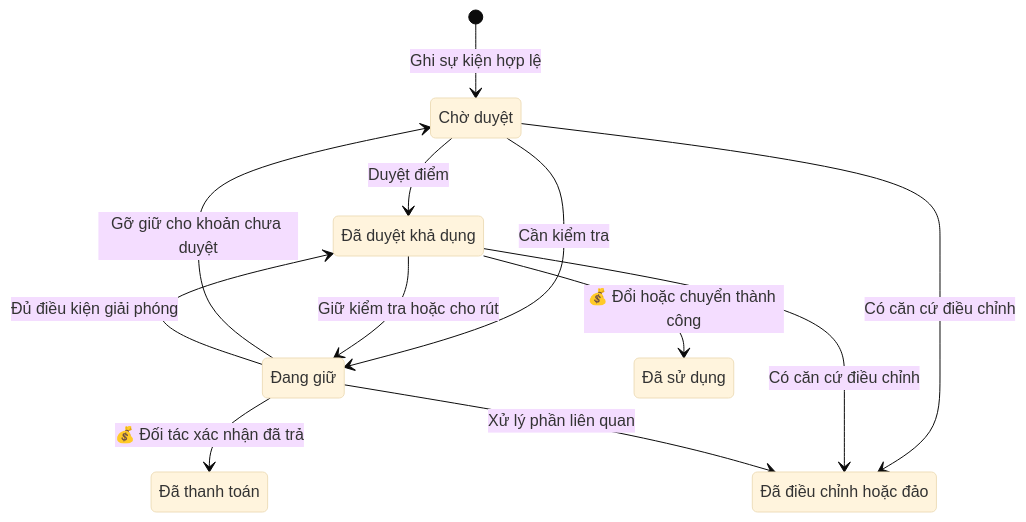
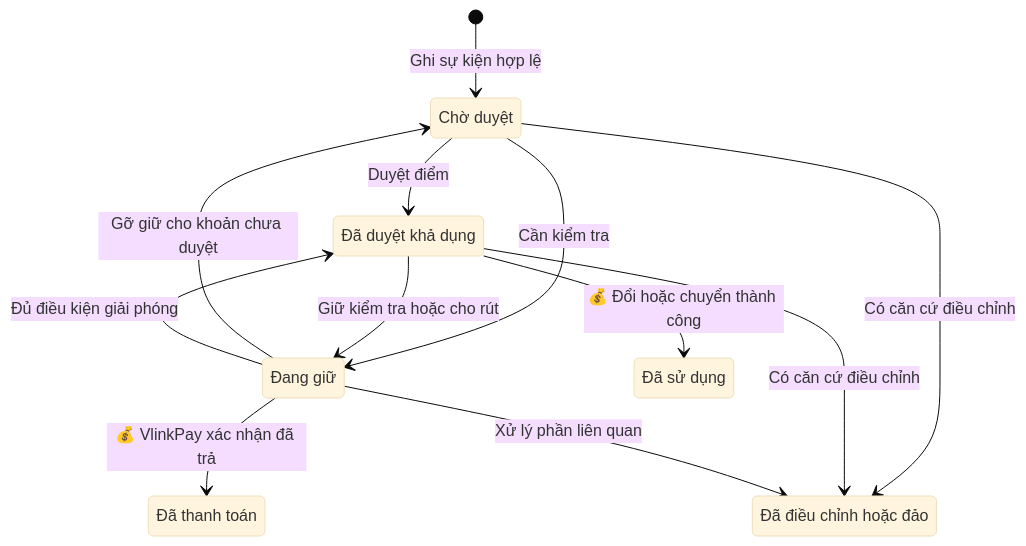
One commit to vlink-group/VlinkPay changed the tenth of 13 diagrams in nexora/docs/business/business-oneqr-earnings.md. Above: the diagram before and after it, drawn with Mermaid (base theme). The commit also changed other lines of this file and 5 other files, not shown here.

Commit message:
docs(1599): kế thừa PO cũ và bổ sung rút qua VlinkPay

````diff
--- a/nexora/docs/business/business-oneqr-earnings.md
+++ b/nexora/docs/business/business-oneqr-earnings.md
@@ -306,20 +430,20 @@
 ```mermaid
 stateDiagram-v2
     state "Chờ duyệt" as Pending
     state "Đã duyệt khả dụng" as Available
     state "Đang giữ" as Held
     state "Đã sử dụng" as Spent
     state "Đã thanh toán" as Paid
     state "Đã điều chỉnh hoặc đảo" as Adjusted
     [*] --> Pending : Ghi sự kiện hợp lệ
     Pending --> Available : Duyệt điểm
     Pending --> Held : Cần kiểm tra
     Available --> Held : Giữ kiểm tra hoặc cho rút
     Held --> Pending : Gỡ giữ cho khoản chưa duyệt
     Held --> Available : Đủ điều kiện giải phóng
     Available --> Spent : 💰 Đổi hoặc chuyển thành công
-    Held --> Paid : 💰 Đối tác xác nhận đã trả
+    Held --> Paid : 💰 VlinkPay xác nhận đã trả
     Pending --> Adjusted : Có căn cứ điều chỉnh
     Available --> Adjusted : Có căn cứ điều chỉnh
     Held --> Adjusted : Xử lý phần liên quan
 ```
````
